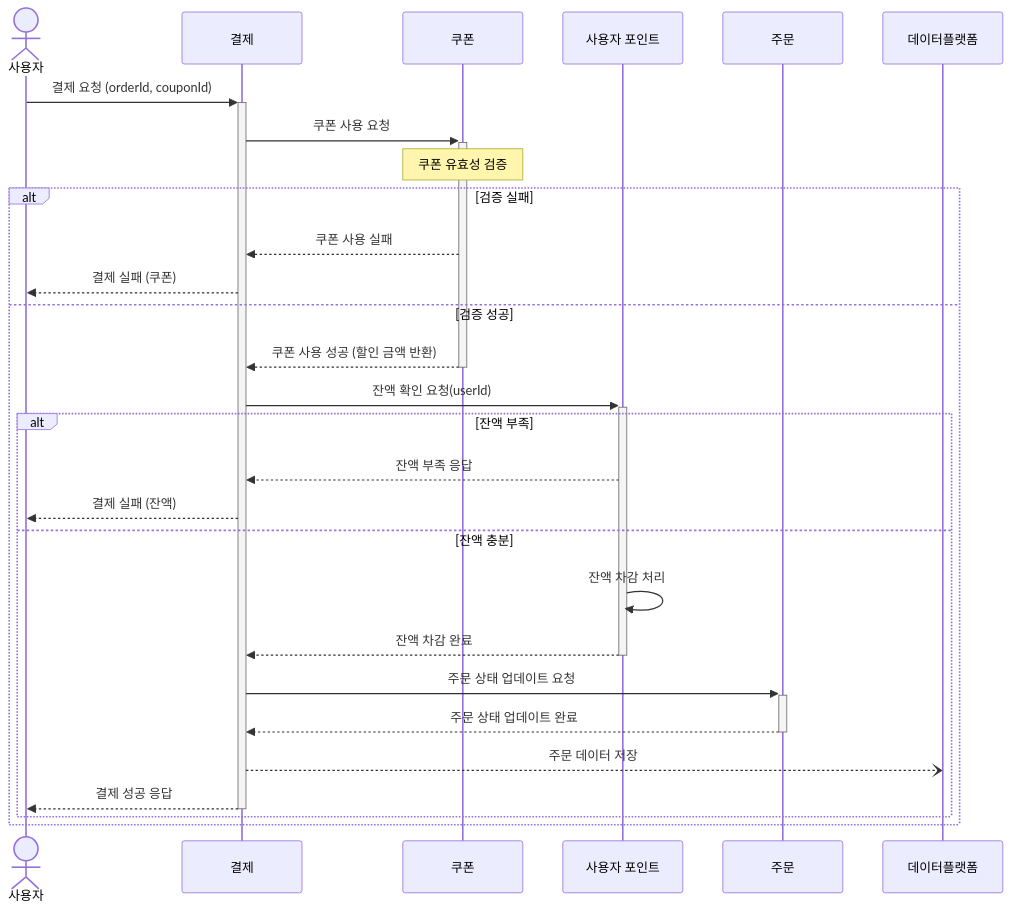
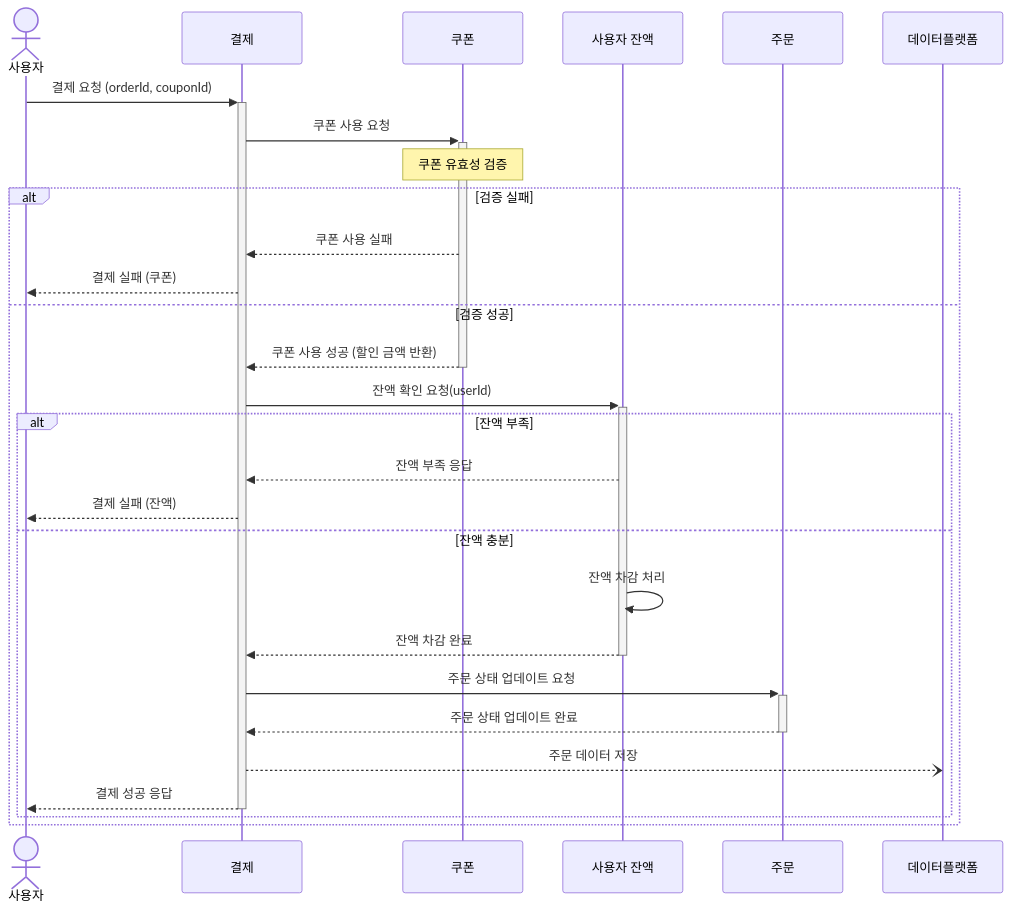
The sixth of 10 diagrams in docs/SequenceDiagram.md (leevigong/hhplus-ecommerce), drawn with Mermaid before and after one commit. The commit also changed other lines of this file, not shown here.

First line of the commit message:
docs: UserPoint -> UserBalance 로 수정

````diff
--- a/docs/SequenceDiagram.md
+++ b/docs/SequenceDiagram.md
@@ -113,37 +113,37 @@
 ```mermaid
 sequenceDiagram
     actor User as 사용자
     participant Payment as 결제
     participant Coupon as 쿠폰
-    participant UserPoint as 사용자 포인트
+    participant UserBalance as 사용자 잔액
     participant Order as 주문
     participant DataPlatform as 데이터플랫폼
 
     User ->>+ Payment: 결제 요청 (orderId, couponId)
 
     Payment ->>+ Coupon: 쿠폰 사용 요청
     Note over Coupon: 쿠폰 유효성 검증
     
     alt 검증 실패
         Coupon -->> Payment: 쿠폰 사용 실패
         Payment -->> User: 결제 실패 (쿠폰)
     else 검증 성공
         Coupon -->>- Payment: 쿠폰 사용 성공 (할인 금액 반환)
 
-        Payment ->>+ UserPoint: 잔액 확인 요청(userId)
+        Payment ->>+ UserBalance: 잔액 확인 요청(userId)
 
         alt 잔액 부족
-            UserPoint -->> Payment: 잔액 부족 응답
+            UserBalance -->> Payment: 잔액 부족 응답
             Payment -->> User: 결제 실패 (잔액)
         else 잔액 충분
-            UserPoint ->> UserPoint: 잔액 차감 처리
-            UserPoint -->>- Payment: 잔액 차감 완료
+            UserBalance ->> UserBalance: 잔액 차감 처리
+            UserBalance -->>- Payment: 잔액 차감 완료
 
             Payment ->>+ Order: 주문 상태 업데이트 요청
             Order -->>- Payment: 주문 상태 업데이트 완료
 
             Payment --) DataPlatform: 주문 데이터 저장
             Payment -->>- User: 결제 성공 응답
         end
     end
 ```
````
